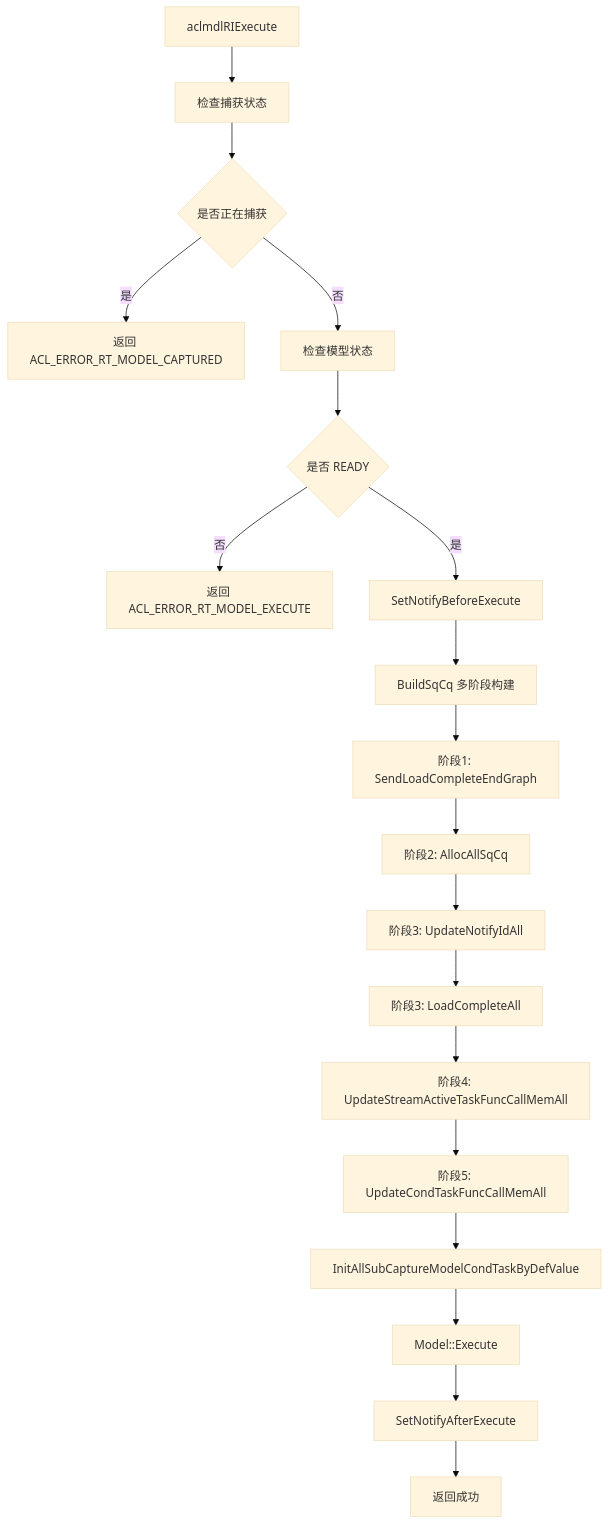
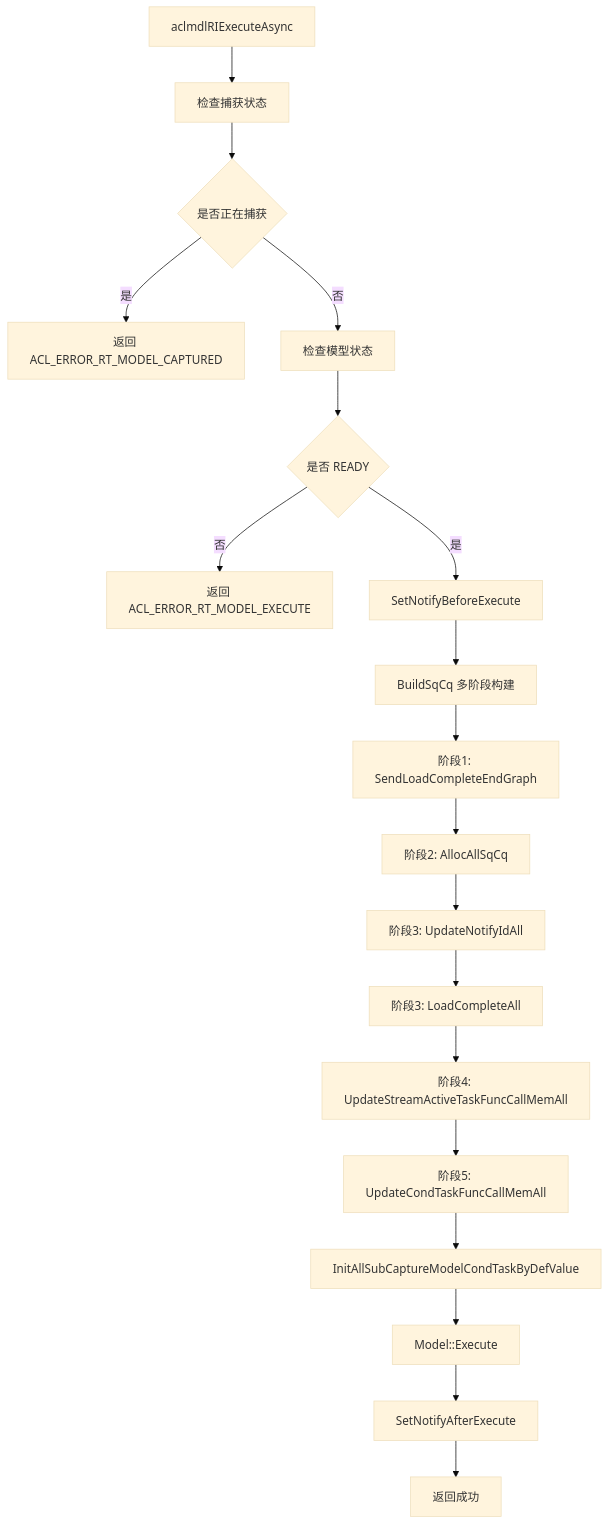
Before and after one commit to 18liumin/runtime: the tenth of 15 diagrams in docs/design/features/aclgraph.md, drawn with Mermaid (base theme). The commit also changed other lines of this file and 1 other file, not shown here.

First line of the commit message:
【PR】: aclmdlRIExecute接口资料修改

````diff
--- a/docs/design/features/aclgraph.md
+++ b/docs/design/features/aclgraph.md
@@ -716,21 +715,21 @@
 ```mermaid
 flowchart TD
-    A[aclmdlRIExecute] --> B[检查捕获状态]
+    A[aclmdlRIExecuteAsync] --> B[检查捕获状态]
     B --> C{是否正在捕获}
     C -->|是| D[返回 ACL_ERROR_RT_MODEL_CAPTURED]
     C -->|否| E[检查模型状态]
     E --> F{是否 READY}
     F -->|否| G[返回 ACL_ERROR_RT_MODEL_EXECUTE]
     F -->|是| H[SetNotifyBeforeExecute]
     H --> I[BuildSqCq 多阶段构建]
     I --> I1[阶段1: SendLoadCompleteEndGraph ]
     I1 --> I2[阶段2: AllocAllSqCq ]
     I2 --> I3[阶段3: UpdateNotifyIdAll ]
     I3 --> I4[阶段3: LoadCompleteAll ]
     I4 --> I5[阶段4: UpdateStreamActiveTaskFuncCallMemAll ]
     I5 --> I6[阶段5: UpdateCondTaskFuncCallMemAll ]
     I6 --> J[InitAllSubCaptureModelCondTaskByDefValue ]
     J --> K[Model::Execute]
     K --> L[SetNotifyAfterExecute]
     L --> M[返回成功]
 ```
````
